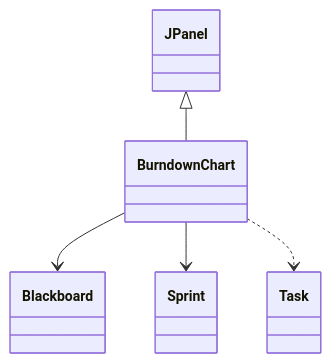
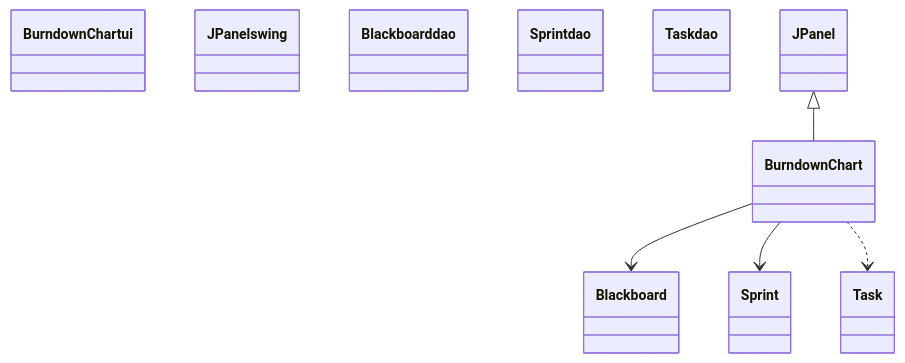
Before and after one commit to CSC307-W26/taigastudio-refactoring-super-awesome-team-name: the diagram in README.md, drawn with Mermaid.

Commit message:
Refactor class diagram and apply styles

````diff
--- a/README.md
+++ b/README.md
@@ -7,29 +7,26 @@
 ```mermaid
 %%{init: {'themeVariables': {
   'fontSize': '14px',
   'nodeSpacing': 80,
   'rankSpacing': 80
 }}}%%
 classDiagram
 direction TB
 
-class JPanel {
-}
+%% ---- Style definitions ----
+classDef ui fill:#E3F2FD,stroke:#1E88E5,stroke-width:2px
+classDef dao fill:#E8F5E9,stroke:#2E7D32,stroke-width:2px
+classDef swing fill:#FFF3E0,stroke:#EF6C00,stroke-width:2px
 
-class BurndownChart {
-}
-
-class Blackboard {
-}
-
-class Sprint {
-}
-
-class Task {
-}
+%% ---- Apply styles ----
+class BurndownChart ui
+class JPanel swing
+class Blackboard dao
+class Sprint dao
+class Task dao
 
 JPanel <|-- BurndownChart
 BurndownChart --> Blackboard
 BurndownChart --> Sprint
 BurndownChart ..> Task
 ```
````
